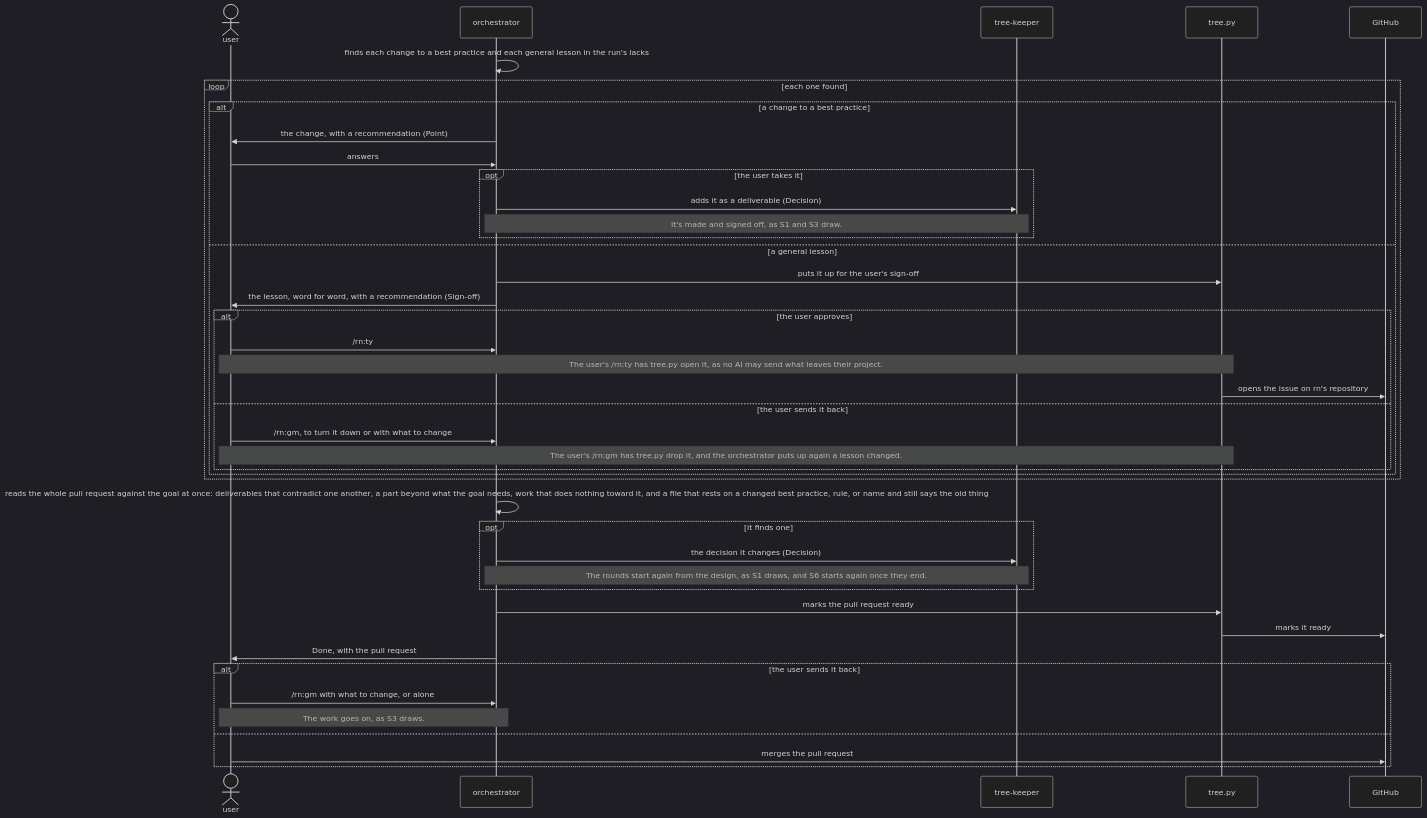
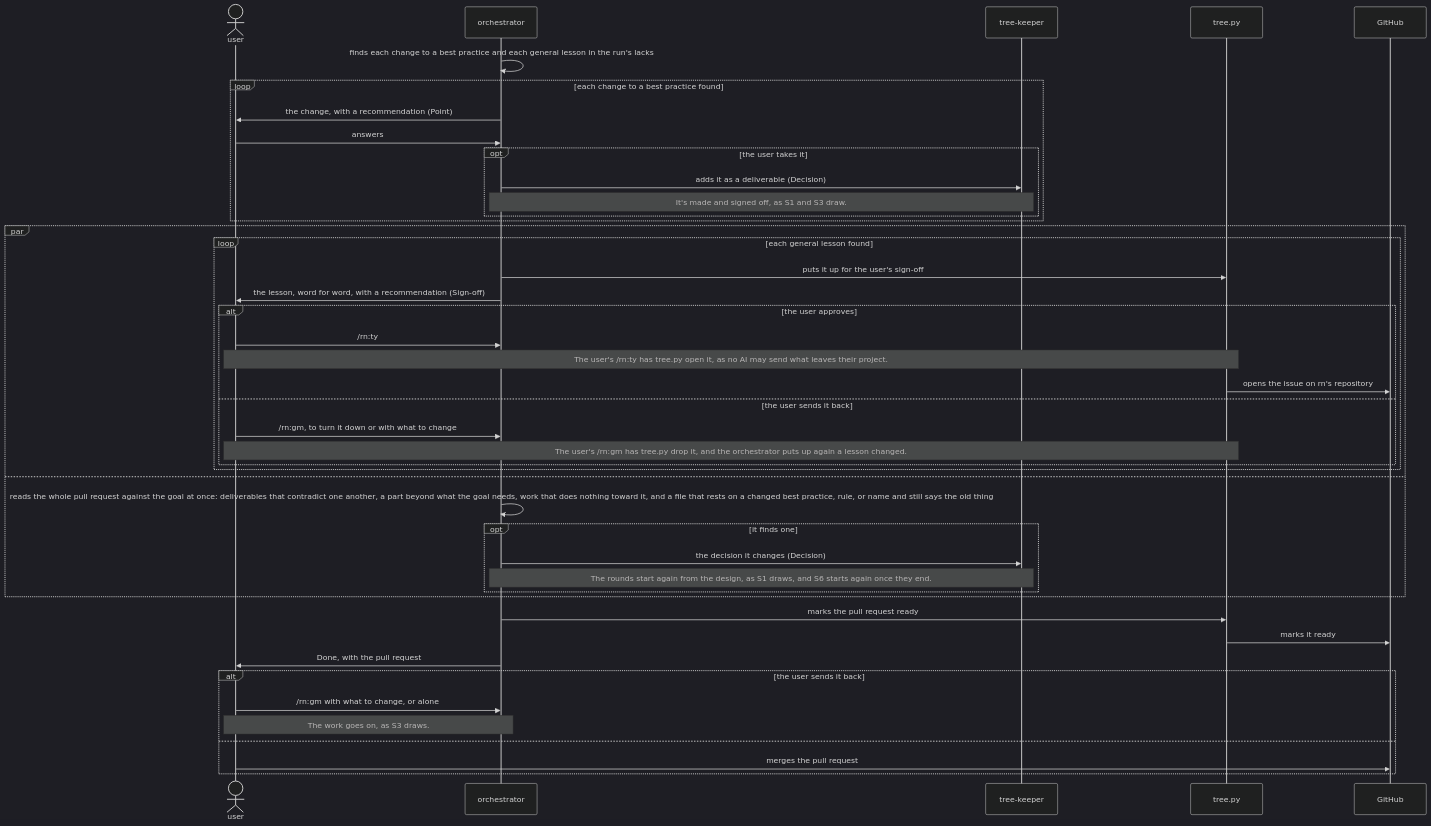
One commit to lovaizu/ccpm changed the sixth of 6 diagrams in dev/rn/architecture.md. Above: the diagram before and after it, drawn with Mermaid (dark theme). The commit also changed other lines of this file and 1 other file, not shown here.

First line of the commit message:
rn goes on with the work that rests on no open point while a point or a sign-off waits, and tree.py alone finds the work that waits

````diff
--- a/dev/rn/architecture.md
+++ b/dev/rn/architecture.md
@@ -349,44 +369,46 @@
 ```mermaid
 sequenceDiagram
   actor U as user
   participant O as orchestrator
   participant K as tree-keeper
   participant T as tree.py
   participant GH as GitHub
   O->>O: finds each change to a best practice and each general lesson in the run's lacks
-  loop each one found
-    alt a change to a best practice
-      O->>U: the change, with a recommendation (Point)
-      U->>O: answers
-      opt the user takes it
-        O->>K: adds it as a deliverable (Decision)
-        Note over O,K: It's made and signed off, as S1 and S3 draw.
-      end
-    else a general lesson
+  loop each change to a best practice found
+    O->>U: the change, with a recommendation (Point)
+    U->>O: answers
+    opt the user takes it
+      O->>K: adds it as a deliverable (Decision)
+      Note over O,K: It's made and signed off, as S1 and S3 draw.
+    end
+  end
+  par
+    loop each general lesson found
       O->>T: puts it up for the user's sign-off
       O->>U: the lesson, word for word, with a recommendation (Sign-off)
       alt the user approves
         U->>O: /rn:ty
         Note over U,T: The user's /rn:ty has tree.py open it, as no AI may send what leaves their project.
         T->>GH: opens the issue on rn's repository
       else the user sends it back
         U->>O: /rn:gm, to turn it down or with what to change
         Note over U,T: The user's /rn:gm has tree.py drop it, and the orchestrator puts up again a lesson changed.
       end
     end
-  end
-  O->>O: reads the whole pull request against the goal at once: deliverables that contradict one another, a part beyond what the goal needs, work that does nothing toward it, and a file that rests on a changed best practice, rule, or name and still says the old thing
-  opt it finds one
-    O->>K: the decision it changes (Decision)
-    Note over O,K: The rounds start again from the design, as S1 draws, and S6 starts again once they end.
+  and
+    O->>O: reads the whole pull request against the goal at once: deliverables that contradict one another, a part beyond what the goal needs, work that does nothing toward it, and a file that rests on a changed best practice, rule, or name and still says the old thing
+    opt it finds one
+      O->>K: the decision it changes (Decision)
+      Note over O,K: The rounds start again from the design, as S1 draws, and S6 starts again once they end.
+    end
   end
   O->>T: marks the pull request ready
   T->>GH: marks it ready
   O->>U: Done, with the pull request
   alt the user sends it back
     U->>O: /rn:gm with what to change, or alone
     Note over U,O: The work goes on, as S3 draws.
   else
     U->>GH: merges the pull request
   end
 ```
````
